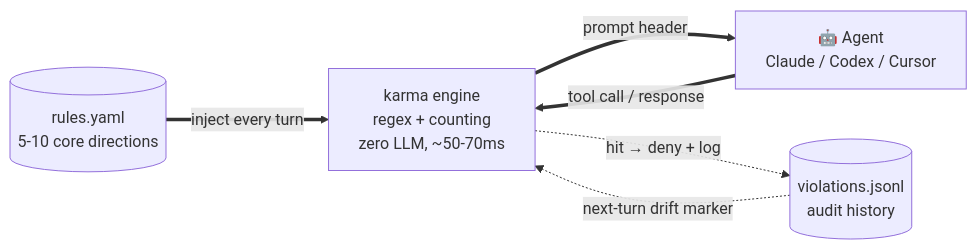
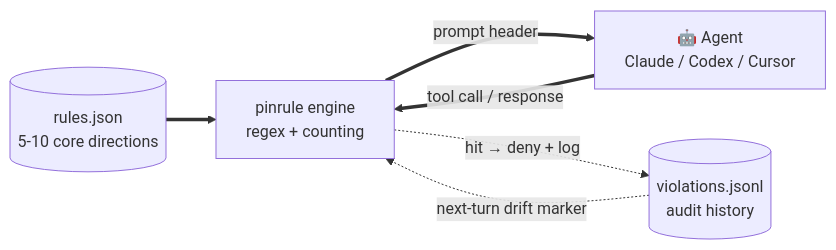
One commit to jhaizhou-ops/pinrule changed the diagram in README.md. Above: the diagram before and after it, drawn with Mermaid. The commit also changed other lines of this file and 1 other file, not shown here.

````diff
--- a/README.md
+++ b/README.md
@@ -276,13 +63,13 @@
 ```mermaid
 flowchart LR
-    R[(rules.yaml<br/>5-10 core directions)]
-    K[karma engine<br/>regex + counting<br/>zero LLM, ~50-70ms]
+    R[(rules.json<br/>5-10 core directions)]
+    K[pinrule engine<br/>regex + counting]
     A[🤖 Agent<br/>Claude / Codex / Cursor]
     V[(violations.jsonl<br/>audit history)]
 
-    R ==>|inject every turn| K
+    R ==> K
     K ==>|prompt header| A
     A ==>|tool call / response| K
     K -.->|hit → deny + log| V
     V -.->|next-turn drift marker| K
 ```
````
